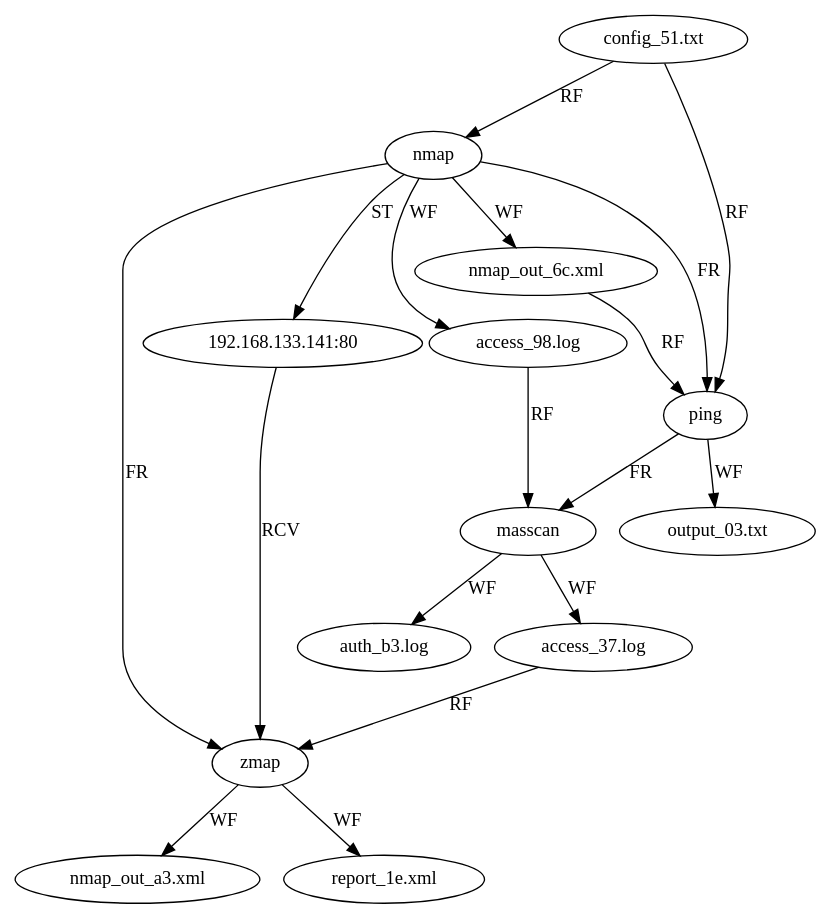
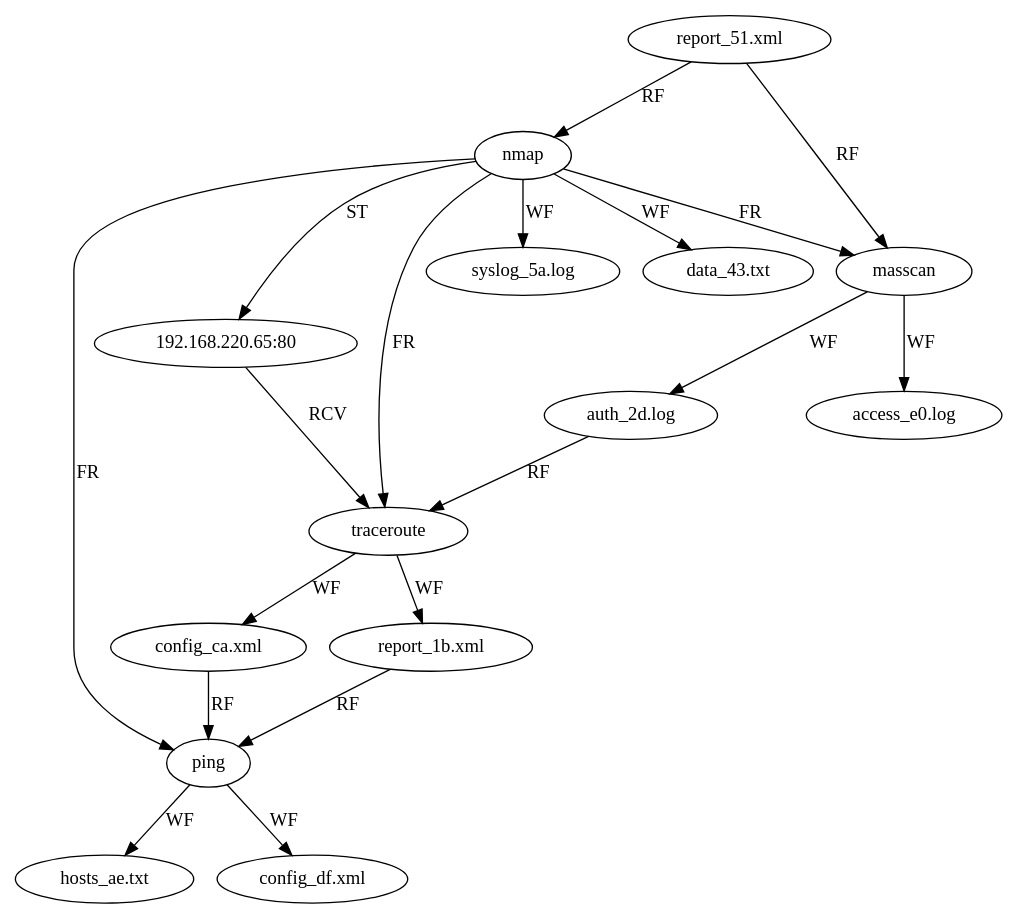
The diagram in Attack_Agent/result_handoff/Lazarus/clusters/cluster_00_T1595.dot (gianghitran/MARL-VariantHunter-Architecture), drawn with Graphviz before and after one commit. The commit also changed 3528 other files, not shown here.

```diff
--- a/Attack_Agent/result_handoff/Lazarus/clusters/cluster_00_T1595.dot
+++ b/Attack_Agent/result_handoff/Lazarus/clusters/cluster_00_T1595.dot
@@ -1,32 +1,34 @@
 digraph {
   p0_s0 [label="nmap" type=process stage="T1595"]
-  fin0_s0 [label="config_51.txt" type=file stage="T1595"]
-  p1_s0 [label="ping" type=process stage="T1595"]
-  f0_0_s0 [label="output_03.txt" type=file stage="T1595"]
-  p2_s0 [label="masscan" type=process stage="T1595"]
-  f1_0_s0 [label="auth_b3.log" type=file stage="T1595"]
-  f1_1_s0 [label="access_37.log" type=file stage="T1595"]
-  p3_s0 [label="zmap" type=process stage="T1595"]
-  f2_0_s0 [label="nmap_out_a3.xml" type=file stage="T1595"]
-  f2_1_s0 [label="report_1e.xml" type=file stage="T1595"]
-  fh0_s0 [label="nmap_out_6c.xml" type=file stage="T1595"]
-  fh1_s0 [label="access_98.log" type=file stage="T1595"]
-  sock_s0 [label="192.168.133.141:80" type=socket stage="T1595"]
+  fin0_s0 [label="report_51.xml" type=file stage="T1595"]
+  p1_s0 [label="masscan" type=process stage="T1595"]
+  f0_0_s0 [label="auth_2d.log" type=file stage="T1595"]
+  f0_1_s0 [label="access_e0.log" type=file stage="T1595"]
+  p2_s0 [label="traceroute" type=process stage="T1595"]
+  f1_0_s0 [label="report_1b.xml" type=file stage="T1595"]
+  f1_1_s0 [label="config_ca.xml" type=file stage="T1595"]
+  p3_s0 [label="ping" type=process stage="T1595"]
+  f2_0_s0 [label="hosts_ae.txt" type=file stage="T1595"]
+  f2_1_s0 [label="config_df.xml" type=file stage="T1595"]
+  fh0_s0 [label="syslog_5a.log" type=file stage="T1595"]
+  fh1_s0 [label="data_43.txt" type=file stage="T1595"]
+  sock_s0 [label="192.168.220.65:80" type=socket stage="T1595"]
   fin0_s0 -> p0_s0 [label="RF"]
   p0_s0 -> p1_s0 [label="FR"]
   p1_s0 -> f0_0_s0 [label="WF"]
+  p1_s0 -> f0_1_s0 [label="WF"]
   fin0_s0 -> p1_s0 [label="RF"]
-  p1_s0 -> p2_s0 [label="FR"]
+  p0_s0 -> p2_s0 [label="FR"]
   p2_s0 -> f1_0_s0 [label="WF"]
   p2_s0 -> f1_1_s0 [label="WF"]
   p0_s0 -> p3_s0 [label="FR"]
   p3_s0 -> f2_0_s0 [label="WF"]
   p3_s0 -> f2_1_s0 [label="WF"]
+  f0_0_s0 -> p2_s0 [label="RF"]
+  f1_0_s0 -> p3_s0 [label="RF"]
+  f1_1_s0 -> p3_s0 [label="RF"]
   p0_s0 -> fh0_s0 [label="WF"]
   p0_s0 -> fh1_s0 [label="WF"]
   p0_s0 -> sock_s0 [label="ST"]
-  sock_s0 -> p3_s0 [label="RCV"]
-  fh0_s0 -> p1_s0 [label="RF"]
-  f1_1_s0 -> p3_s0 [label="RF"]
-  fh1_s0 -> p2_s0 [label="RF"]
+  sock_s0 -> p2_s0 [label="RCV"]
 }
```
